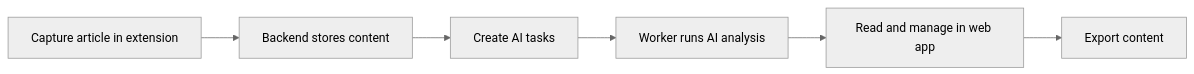
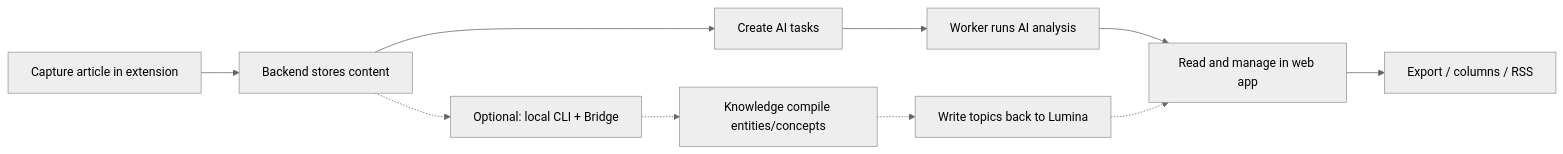
The diagram in README.md (shawnxie94/lumina), drawn with Mermaid (neutral theme) before and after one commit. The commit also changed other lines of this file and 1 other file, not shown here.

````diff
--- a/README.md
+++ b/README.md
@@ -24,8 +25,12 @@
 ```mermaid
 flowchart LR
     A["Capture article in extension"] --> B["Backend stores content"]
     B --> C["Create AI tasks"]
     C --> D["Worker runs AI analysis"]
     D --> E["Read and manage in web app"]
-    E --> F["Export content"]
+    E --> F["Export / columns / RSS"]
+    B -.-> G["Optional: local CLI + Bridge"]
+    G -.-> H["Knowledge compile entities/concepts"]
+    H -.-> I["Write topics back to Lumina"]
+    I -.-> E
 ```
````
